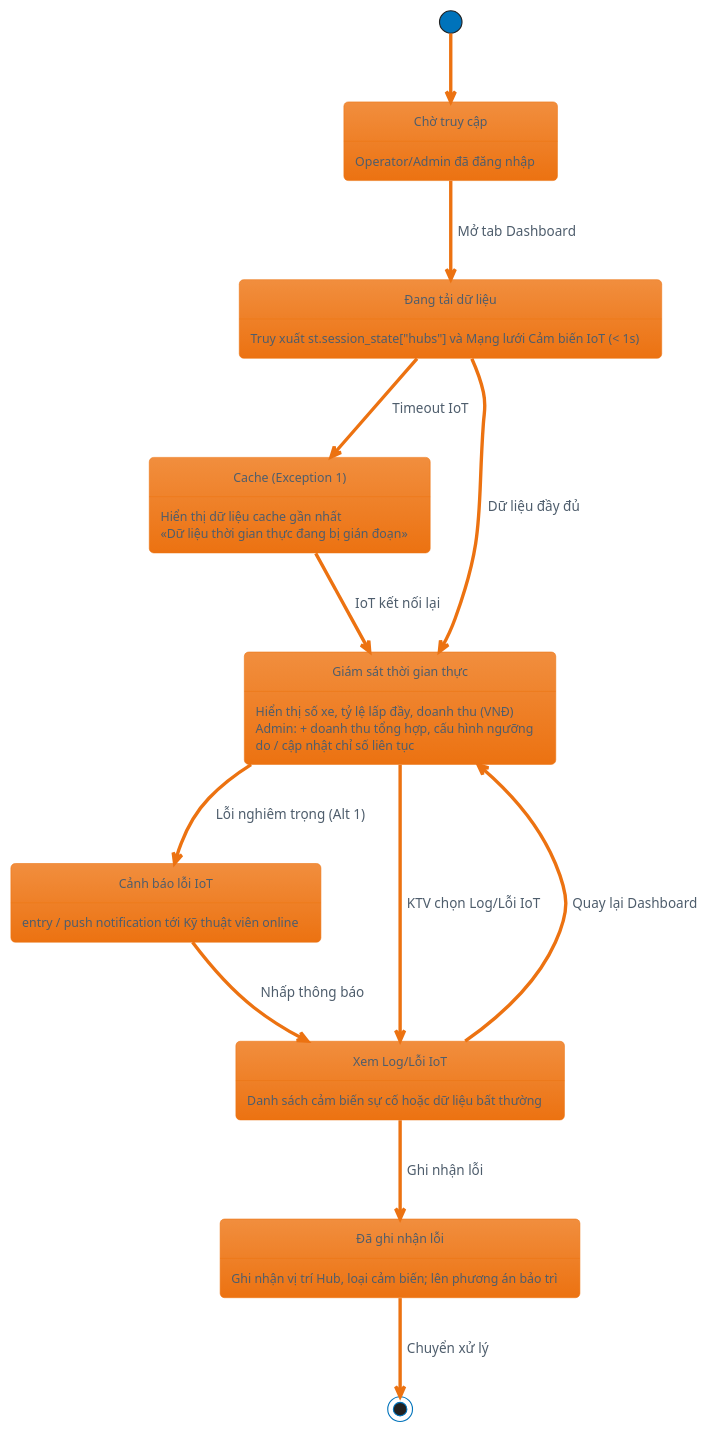
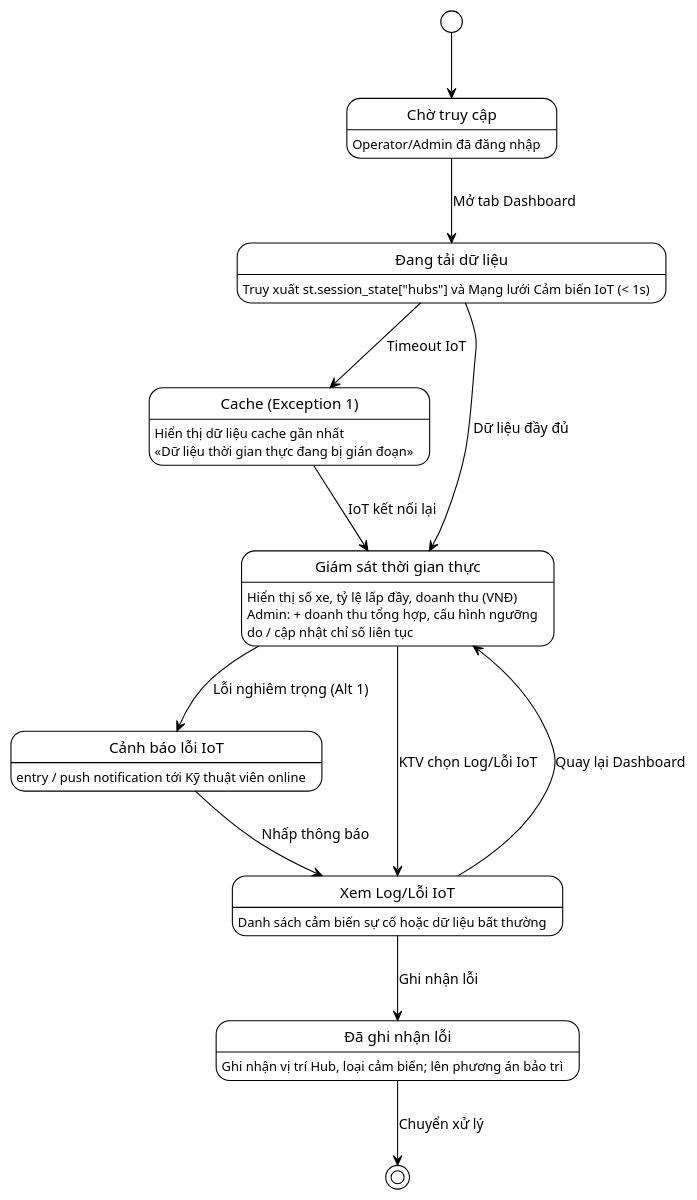
One commit to Dat-nguyen195/BTL_1_CNPM changed the diagram in docs/diagrams/Use-case detail-scenario/SS3/State-chart diagrams/UC_SS3_01_PhamTienDat_statechart.puml. Above: the diagram before and after it, drawn with PlantUML. The commit also changed 8 other files, not shown here.

```diff
--- a/docs/diagrams/Use-case detail-scenario/SS3/State-chart diagrams/UC_SS3_01_PhamTienDat_statechart.puml
+++ b/docs/diagrams/Use-case detail-scenario/SS3/State-chart diagrams/UC_SS3_01_PhamTienDat_statechart.puml
@@ -1,25 +1,25 @@
 @startuml
-!theme aws-orange
+!theme plain
 [*] --> ChoTruyCap
 
 state "Chờ truy cập" as ChoTruyCap : Operator/Admin đã đăng nhập
 state "Đang tải dữ liệu" as DangTaiDuLieu : Truy xuất st.session_state["hubs"] và Mạng lưới Cảm biến IoT (< 1s)
 state "Cache (Exception 1)" as Cache : Hiển thị dữ liệu cache gần nhất\n«Dữ liệu thời gian thực đang bị gián đoạn»
 state "Giám sát thời gian thực" as GiamSat : Hiển thị số xe, tỷ lệ lấp đầy, doanh thu (VNĐ)\nAdmin: + doanh thu tổng hợp, cấu hình ngưỡng\ndo / cập nhật chỉ số liên tục
 state "Cảnh báo lỗi IoT" as CanhBao : entry / push notification tới Kỹ thuật viên online
 state "Xem Log/Lỗi IoT" as XemLog : Danh sách cảm biến sự cố hoặc dữ liệu bất thường
 state "Đã ghi nhận lỗi" as GhiNhan : Ghi nhận vị trí Hub, loại cảm biến; lên phương án bảo trì
 
 ChoTruyCap --> DangTaiDuLieu : Mở tab Dashboard
 DangTaiDuLieu --> GiamSat : Dữ liệu đầy đủ
 DangTaiDuLieu --> Cache : Timeout IoT
 Cache --> GiamSat : IoT kết nối lại
 
 GiamSat --> CanhBao : Lỗi nghiêm trọng (Alt 1)
 GiamSat --> XemLog : KTV chọn Log/Lỗi IoT
 CanhBao --> XemLog : Nhấp thông báo
 
 XemLog --> GhiNhan : Ghi nhận lỗi
 XemLog --> GiamSat : Quay lại Dashboard
 GhiNhan --> [*] : Chuyển xử lý
 @enduml
```
